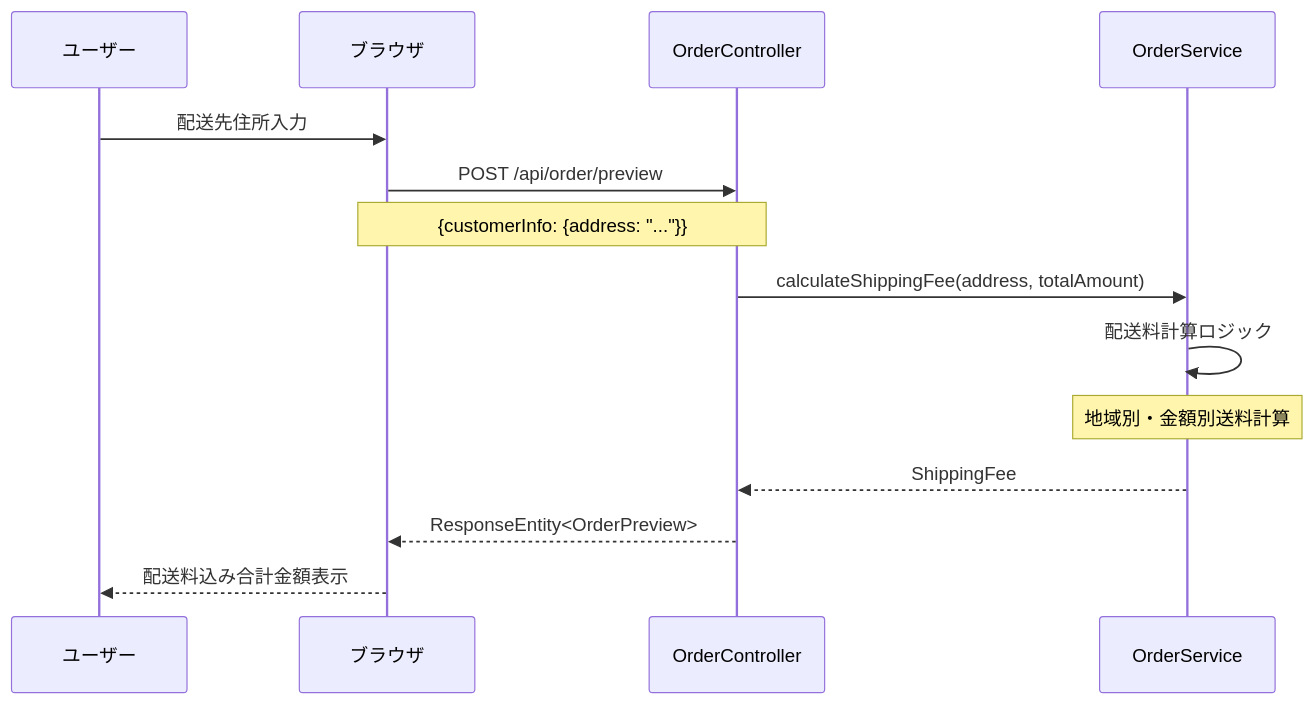
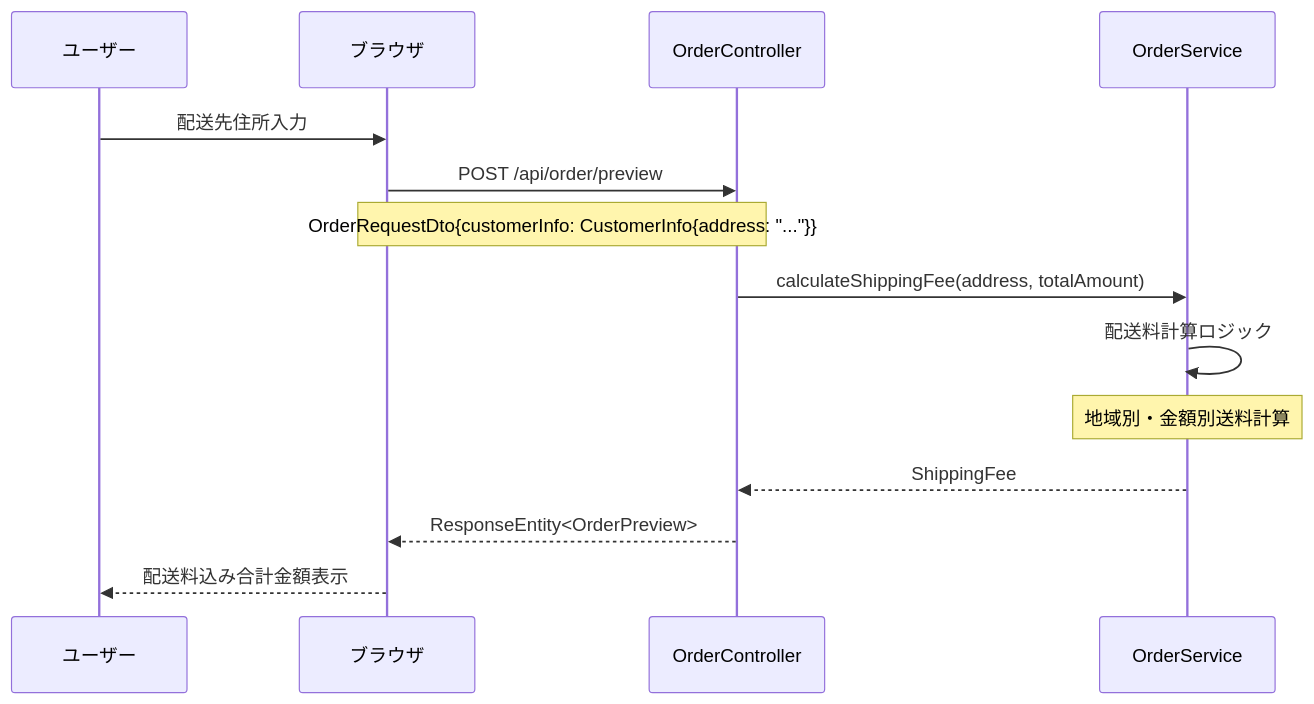
One commit to shogomaeda758/Bacon changed diagram 17 of 17 in 詳細設計/3_sequence.md. Above: the diagram before and after it, drawn with Mermaid. The commit also changed other lines of this file and 2 other files, not shown here.

````diff
--- a/詳細設計/3_sequence.md
+++ b/詳細設計/3_sequence.md
@@ -614,17 +665,17 @@
 ```mermaid
 sequenceDiagram
     participant U as ユーザー
     participant B as ブラウザ
     participant OC as OrderController
     participant OS as OrderService
 
     U->>B: 配送先住所入力
     B->>OC: POST /api/order/preview
-    Note over B,OC: {customerInfo: {address: "..."}}
+    Note over B,OC: OrderRequestDto{customerInfo: CustomerInfo{address: "..."}}
     OC->>OS: calculateShippingFee(address, totalAmount)
     OS->>OS: 配送料計算ロジック
     Note over OS: 地域別・金額別送料計算
     OS-->>OC: ShippingFee
     OC-->>B: ResponseEntity<OrderPreview>
     B-->>U: 配送料込み合計金額表示
 ```
````
